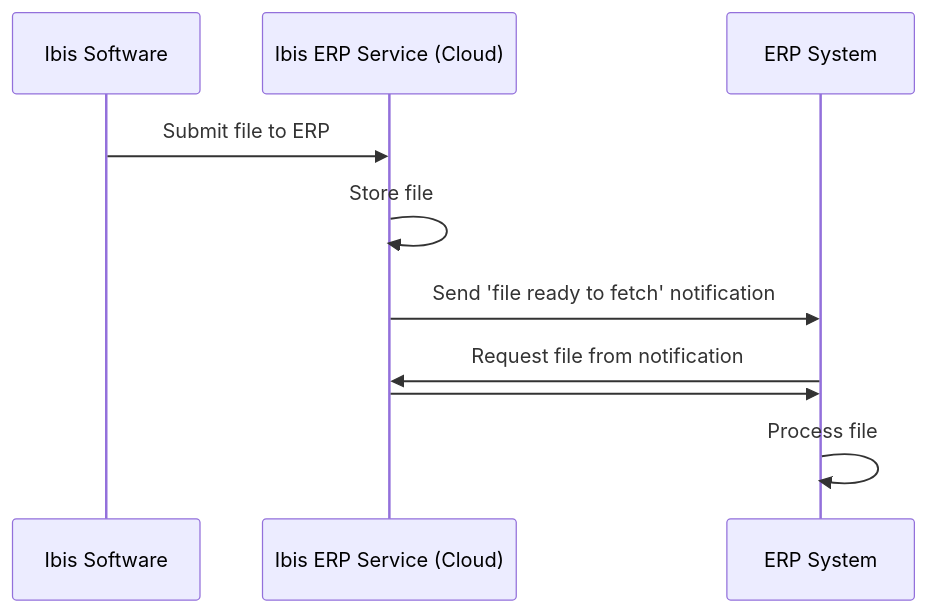
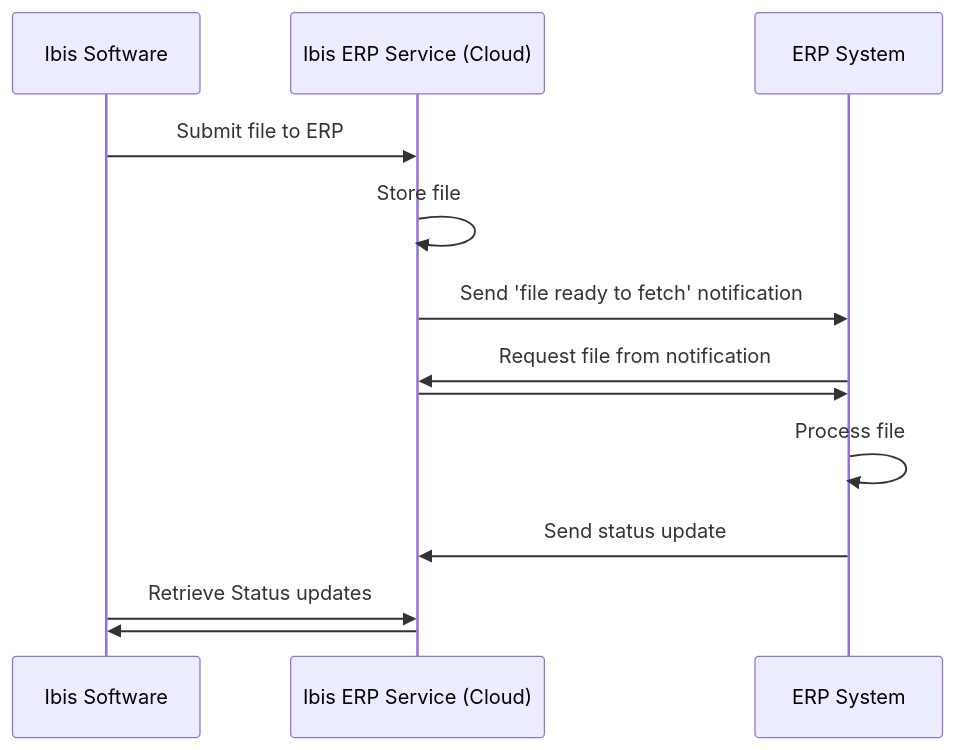
Before and after one commit to Brink-Software/Ibis.Dataservice.Demo: the diagram in README.md, drawn with Mermaid. The commit also changed other lines of this file and 1 other file, not shown here.

First line of the commit message:
docs: Add status update functionality (#13)

````diff
--- a/README.md
+++ b/README.md
@@ -11,9 +12,12 @@
 ```mermaid
 sequenceDiagram
   Ibis Software->>Ibis ERP Service (Cloud): Submit file to ERP
   Ibis ERP Service (Cloud)->>Ibis ERP Service (Cloud): Store file
   Ibis ERP Service (Cloud)->>ERP System:Send 'file ready to fetch' notification
   ERP System->>Ibis ERP Service (Cloud): Request file from notification
   Ibis ERP Service (Cloud)->>ERP System: 
   ERP System->>ERP System: Process file
+  ERP System->>Ibis ERP Service (Cloud): Send status update
+  Ibis Software ->> Ibis ERP Service (Cloud): Retrieve Status updates
+  Ibis ERP Service (Cloud) ->> Ibis Software: 
 ```
````
